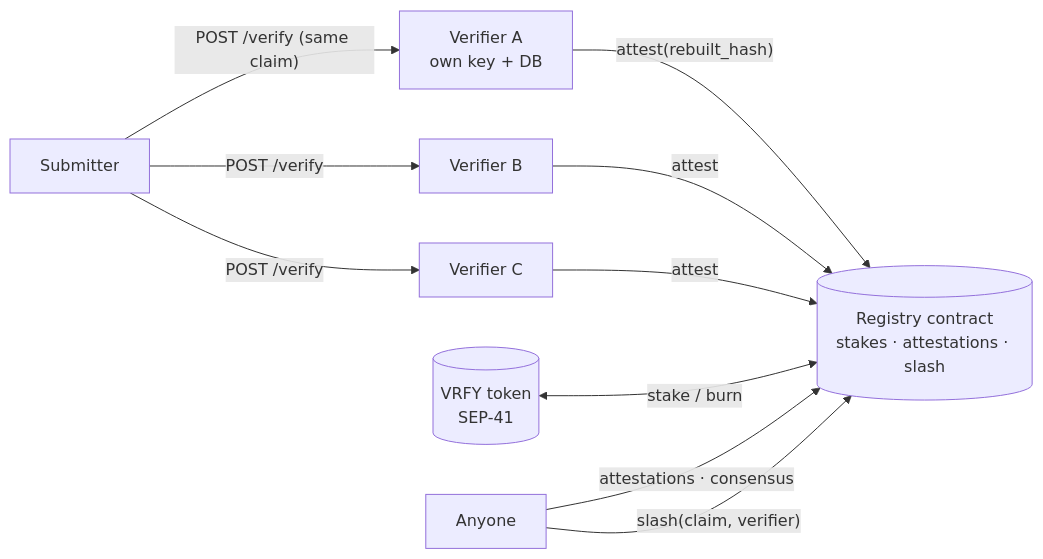
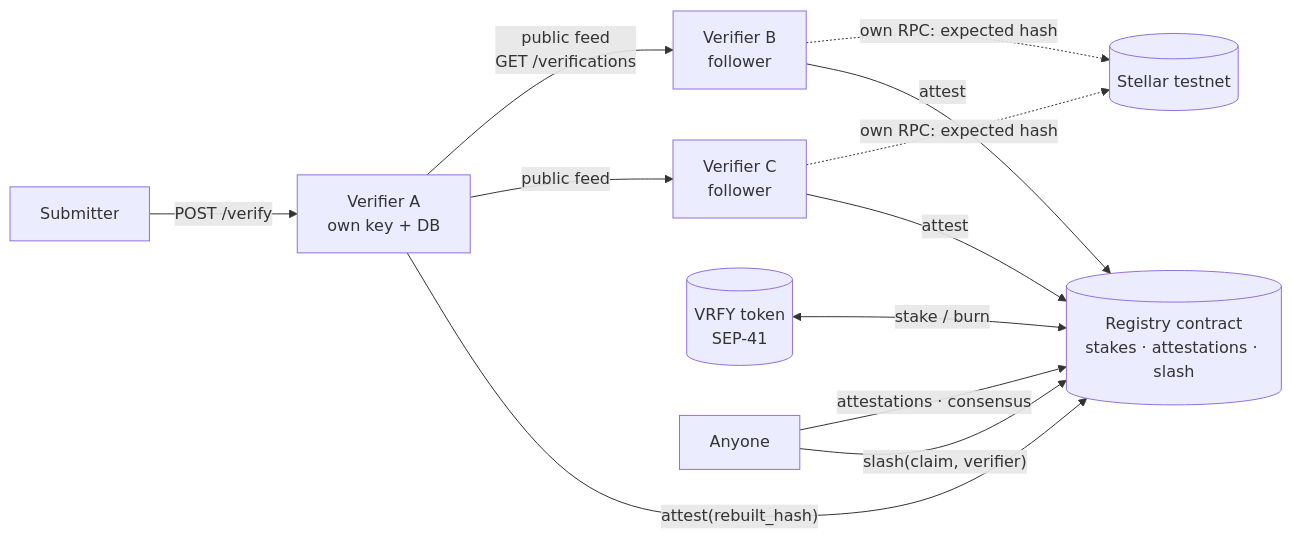
The diagram in docs/hackathon-design.md (erdemasik001/Sorofy), drawn with Mermaid before and after one commit. The commit also changed other lines of this file and 2 other files, not shown here.

First line of the commit message:
Hackathon STEP 2 (rev): three-layer model, conservative consensus, follower mode

````diff
--- a/docs/hackathon-design.md
+++ b/docs/hackathon-design.md
@@ -194,12 +257,14 @@
 ```mermaid
 flowchart LR
-    sub["Submitter"] -->|"POST /verify (same claim)"| A["Verifier A<br/>own key + DB"]
-    sub -->|"POST /verify"| B["Verifier B"]
-    sub -->|"POST /verify"| C["Verifier C"]
+    sub["Submitter"] -->|"POST /verify"| A["Verifier A<br/>own key + DB"]
+    A -->|"public feed<br/>GET /verifications"| B["Verifier B<br/>follower"]
+    A -->|"public feed"| C["Verifier C<br/>follower"]
+    B -.->|"own RPC: expected hash"| chain[("Stellar testnet")]
+    C -.->|"own RPC: expected hash"| chain
     A -->|"attest(rebuilt_hash)"| reg[("Registry contract<br/>stakes · attestations · slash")]
     B -->|attest| reg
     C -->|attest| reg
     tok[("VRFY token<br/>SEP-41")] <-->|"stake / burn"| reg
     reader["Anyone"] -->|"attestations · consensus"| reg
     reader -->|"slash(claim, verifier)"| reg
 ```
````
